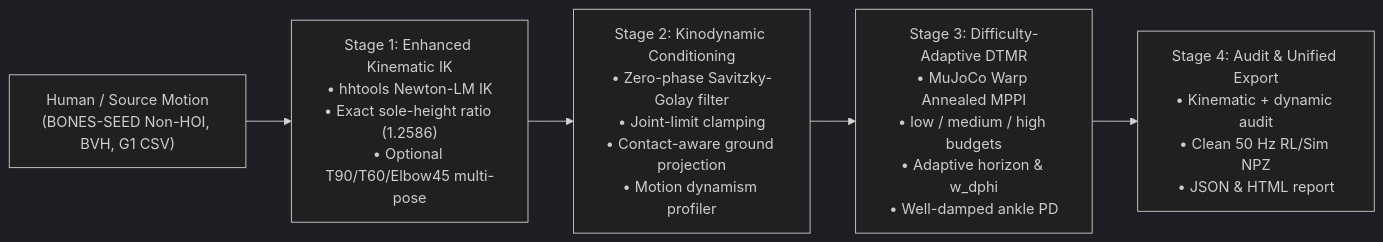
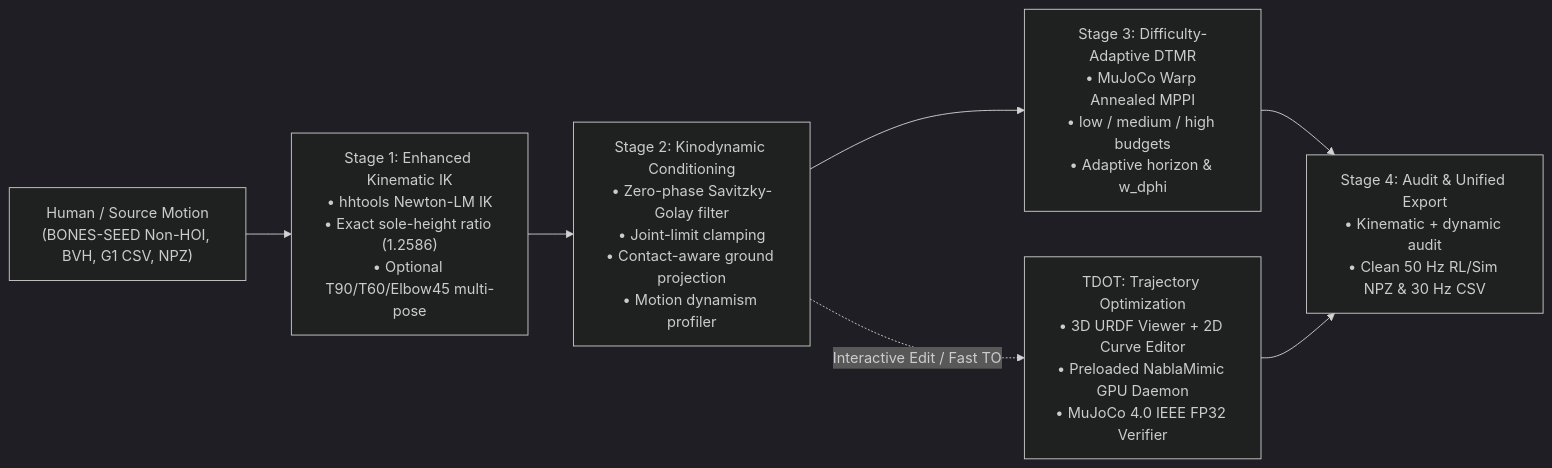
The diagram in README.md (BenHuHuan/Retarget_X), drawn with Mermaid (dark theme) before and after one commit. The commit also changed other lines of this file, not shown here.

Commit message:
docs: update README to reflect merged TDOT Trajectory Optimization suite, unified architecture, and repo layout

````diff
--- a/README.md
+++ b/README.md
@@ -38,7 +40,9 @@
 ```mermaid
 flowchart LR
-    A["Human / Source Motion\n(BONES-SEED Non-HOI, BVH, G1 CSV)"] --> B["Stage 1: Enhanced Kinematic IK\n• hhtools Newton-LM IK\n• Exact sole-height ratio (1.2586)\n• Optional T90/T60/Elbow45 multi-pose"]
+    A["Human / Source Motion\n(BONES-SEED Non-HOI, BVH, G1 CSV, NPZ)"] --> B["Stage 1: Enhanced Kinematic IK\n• hhtools Newton-LM IK\n• Exact sole-height ratio (1.2586)\n• Optional T90/T60/Elbow45 multi-pose"]
     B --> C["Stage 2: Kinodynamic Conditioning\n• Zero-phase Savitzky-Golay filter\n• Joint-limit clamping\n• Contact-aware ground projection\n• Motion dynamism profiler"]
-    C --> D["Stage 3: Difficulty-Adaptive DTMR\n• MuJoCo Warp Annealed MPPI\n• low / medium / high budgets\n• Adaptive horizon & w_dphi\n• Well-damped ankle PD"]
-    D --> E["Stage 4: Audit & Unified Export\n• Kinematic + dynamic audit\n• Clean 50 Hz RL/Sim NPZ\n• JSON & HTML report"]
+    C --> D["Stage 3: Difficulty-Adaptive DTMR\n• MuJoCo Warp Annealed MPPI\n• low / medium / high budgets\n• Adaptive horizon & w_dphi"]
+    C -. "Interactive Edit / Fast TO" .-> T["TDOT: Trajectory Optimization\n• 3D URDF Viewer + 2D Curve Editor\n• Preloaded NablaMimic GPU Daemon\n• MuJoCo 4.0 IEEE FP32 Verifier"]
+    D --> E["Stage 4: Audit & Unified Export\n• Kinematic + dynamic audit\n• Clean 50 Hz RL/Sim NPZ & 30 Hz CSV"]
+    T --> E
 ```
````
